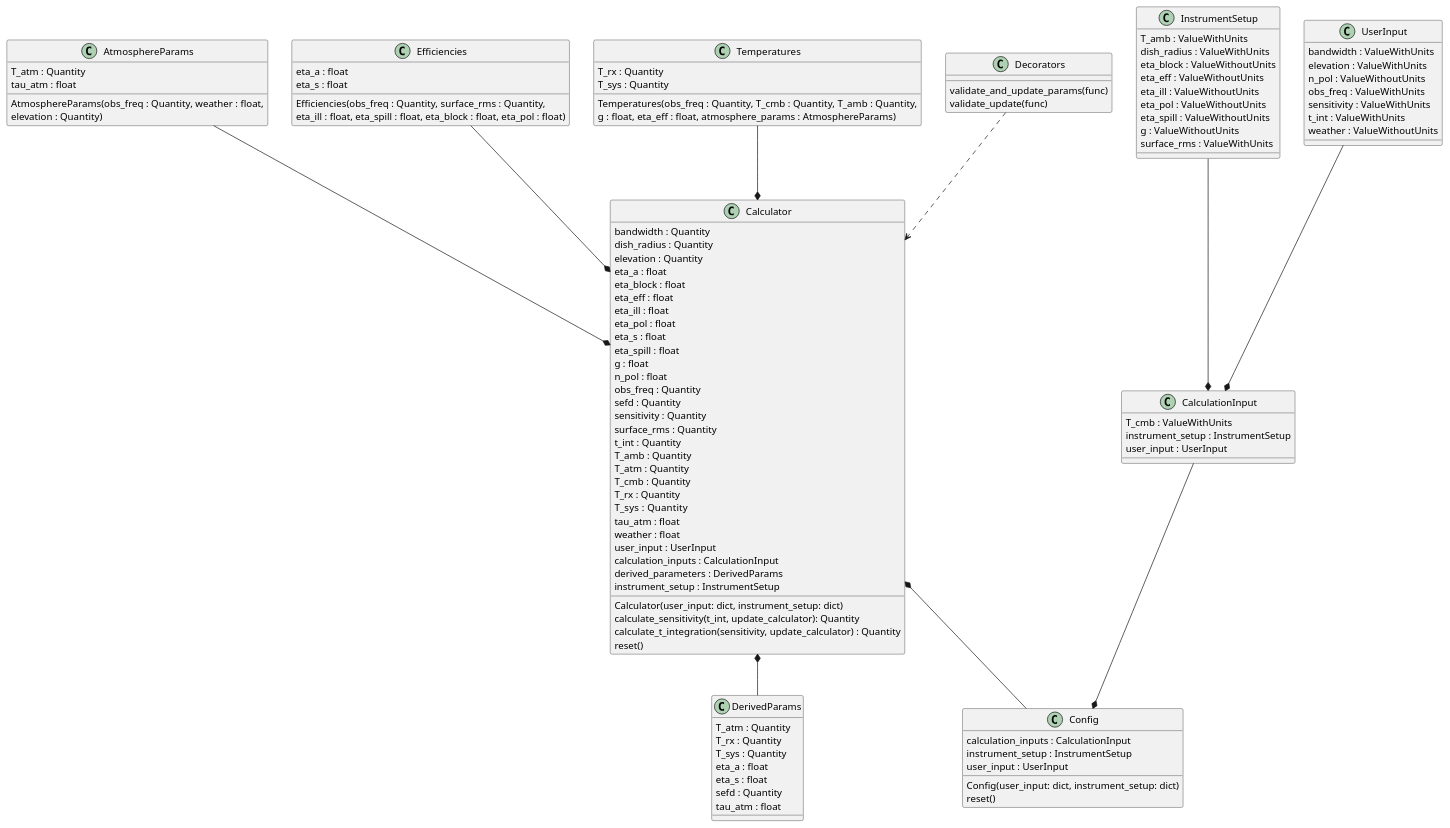
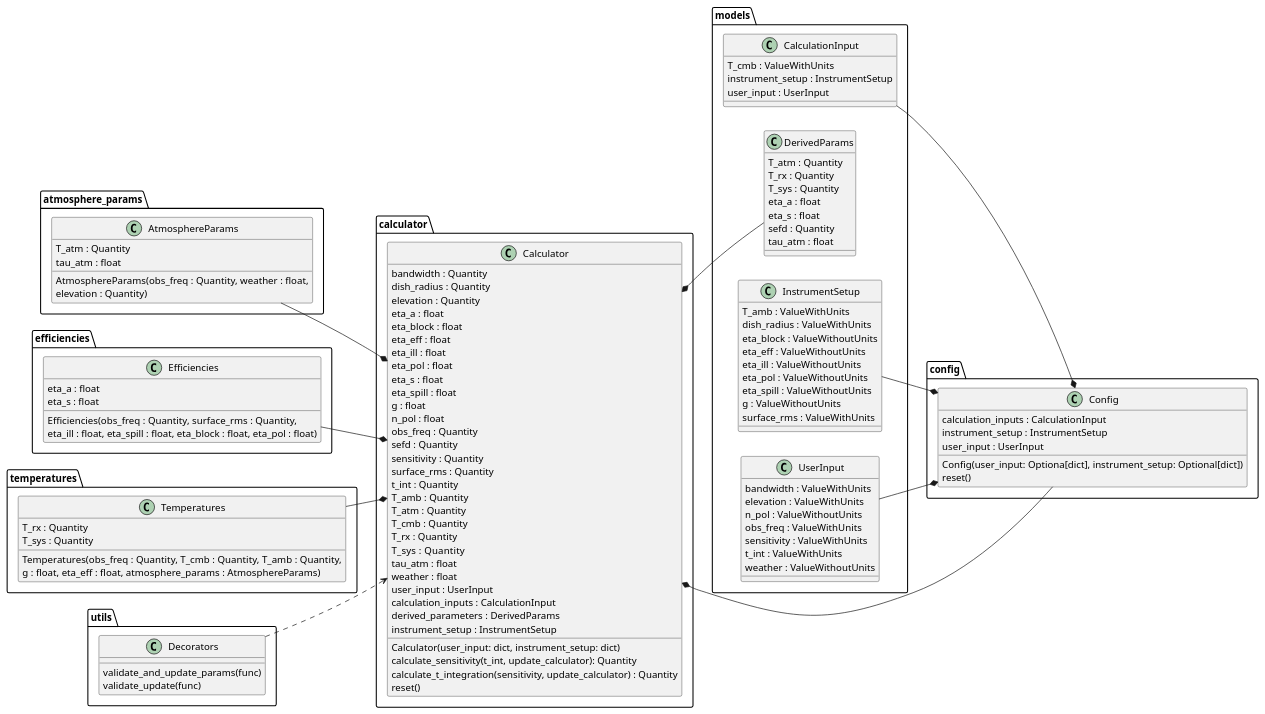
Before and after one commit to ukatc/AtLAST_sensitivity_calculator: the diagram in docs/source/code_docs/calculator_uml.rst, drawn with PlantUML. The commit also changed 4 other files, not shown here.

Commit message:
WIP UML updates

```diff
--- a/docs/source/code_docs/calculator_uml.rst
+++ b/docs/source/code_docs/calculator_uml.rst
@@ -4,19 +4,22 @@
 .. uml::
 
     @startuml calculator
-    set namespaceSeparator none
-    class "AtmosphereParams" as atlast_sc.atmosphere_params.AtmosphereParams {
+
+    left to right direction
+
+
+    class "AtmosphereParams" as atmosphere_params.AtmosphereParams {
       T_atm : Quantity
       tau_atm : float
       AtmosphereParams(obs_freq : Quantity, weather : float,
       elevation : Quantity)
     }
-    class "CalculationInput" as atlast_sc.models.CalculationInput {
+    class "CalculationInput" as models.CalculationInput {
       T_cmb : ValueWithUnits
       instrument_setup : InstrumentSetup
       user_input : UserInput
     }
-    class "Calculator" as atlast_sc.calculator.Calculator {
+    class "Calculator" as calculator.Calculator {
       bandwidth : Quantity
       dish_radius : Quantity
       elevation : Quantity
@@ -50,14 +53,14 @@
       calculate_t_integration(sensitivity, update_calculator) : Quantity
       reset()
     }
-    class "Config" as atlast_sc.config.Config {
+    class "Config" as config.Config {
       calculation_inputs : CalculationInput
       instrument_setup : InstrumentSetup
       user_input : UserInput
-      Config(user_input: dict, instrument_setup: dict)
+      Config(user_input: Optiona[dict], instrument_setup: Optional[dict])
       reset()
     }
-    class "DerivedParams" as atlast_sc.models.DerivedParams {
+    class "DerivedParams" as models.DerivedParams {
       T_atm : Quantity
       T_rx : Quantity
       T_sys : Quantity
@@ -66,13 +69,13 @@
       sefd : Quantity
       tau_atm : float
     }
-    class "Efficiencies" as atlast_sc.efficiencies.Efficiencies {
+    class "Efficiencies" as efficiencies.Efficiencies {
       eta_a : float
       eta_s : float
       Efficiencies(obs_freq : Quantity, surface_rms : Quantity,
       eta_ill : float, eta_spill : float, eta_block : float, eta_pol : float)
     }
-    class "InstrumentSetup" as atlast_sc.models.InstrumentSetup {
+    class "InstrumentSetup" as models.InstrumentSetup {
       T_amb : ValueWithUnits
       dish_radius : ValueWithUnits
       eta_block : ValueWithoutUnits
@@ -83,13 +86,13 @@
       g : ValueWithoutUnits
       surface_rms : ValueWithUnits
     }
-    class "Temperatures" as atlast_sc.temperatures.Temperatures {
+    class "Temperatures" as temperatures.Temperatures {
       T_rx : Quantity
       T_sys : Quantity
       Temperatures(obs_freq : Quantity, T_cmb : Quantity, T_amb : Quantity,
       g : float, eta_eff : float, atmosphere_params : AtmosphereParams)
     }
-    class "UserInput" as atlast_sc.models.UserInput {
+    class "UserInput" as models.UserInput {
       bandwidth : ValueWithUnits
       elevation : ValueWithUnits
       n_pol : ValueWithoutUnits
@@ -98,17 +101,17 @@
       t_int : ValueWithUnits
       weather : ValueWithoutUnits
     }
-    class "Decorators" as atlast_sc.utils.Decorators {
+    class "Decorators" as utils.Decorators {
       validate_and_update_params(func)
       validate_update(func)
     }
-    atlast_sc.efficiencies.Efficiencies --* atlast_sc.calculator.Calculator
-    atlast_sc.temperatures.Temperatures --* atlast_sc.calculator.Calculator
-    atlast_sc.atmosphere_params.AtmosphereParams --* atlast_sc.calculator.Calculator
-    atlast_sc.utils.Decorators ..> atlast_sc.calculator.Calculator
-    atlast_sc.models.CalculationInput --* atlast_sc.config.Config
-    atlast_sc.calculator.Calculator *-- atlast_sc.models.DerivedParams
-    atlast_sc.models.InstrumentSetup --* atlast_sc.models.CalculationInput
-    atlast_sc.models.UserInput --* atlast_sc.models.CalculationInput
-    atlast_sc.calculator.Calculator *-- atlast_sc.config.Config
+    efficiencies.Efficiencies --* calculator.Calculator
+    temperatures.Temperatures --* calculator.Calculator
+    atmosphere_params.AtmosphereParams --* calculator.Calculator
+    utils.Decorators ..> calculator.Calculator
+    models.CalculationInput --* config.Config
+    models.InstrumentSetup --* config.Config
+    models.UserInput --* config.Config
+    calculator.Calculator *-- models.DerivedParams
+    calculator.Calculator *-- config.Config
     @enduml
```
